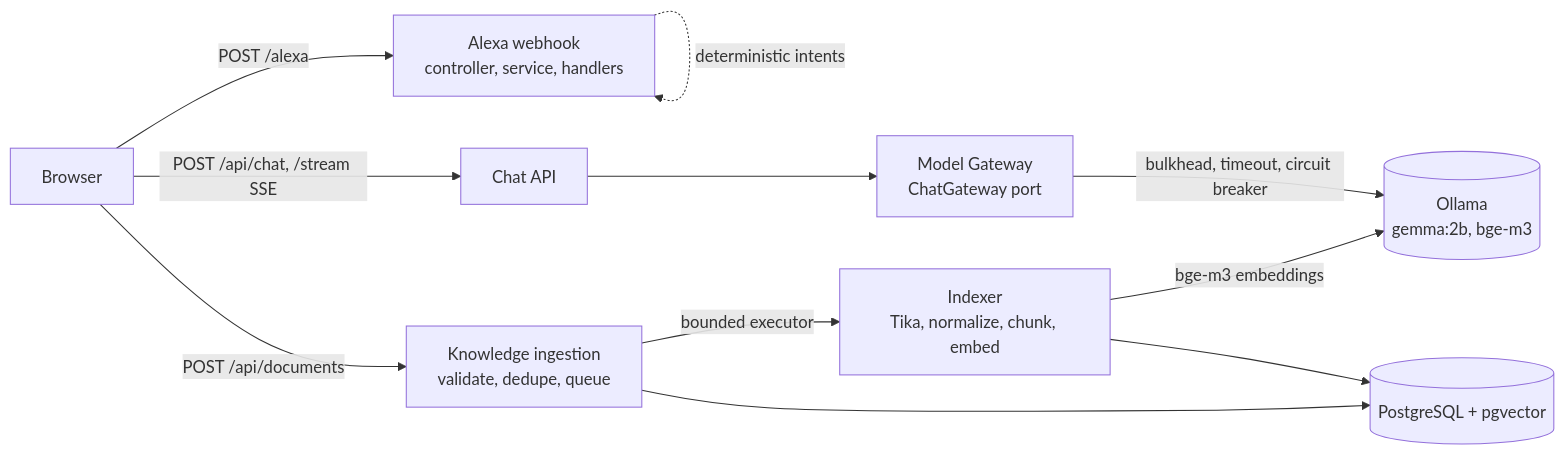
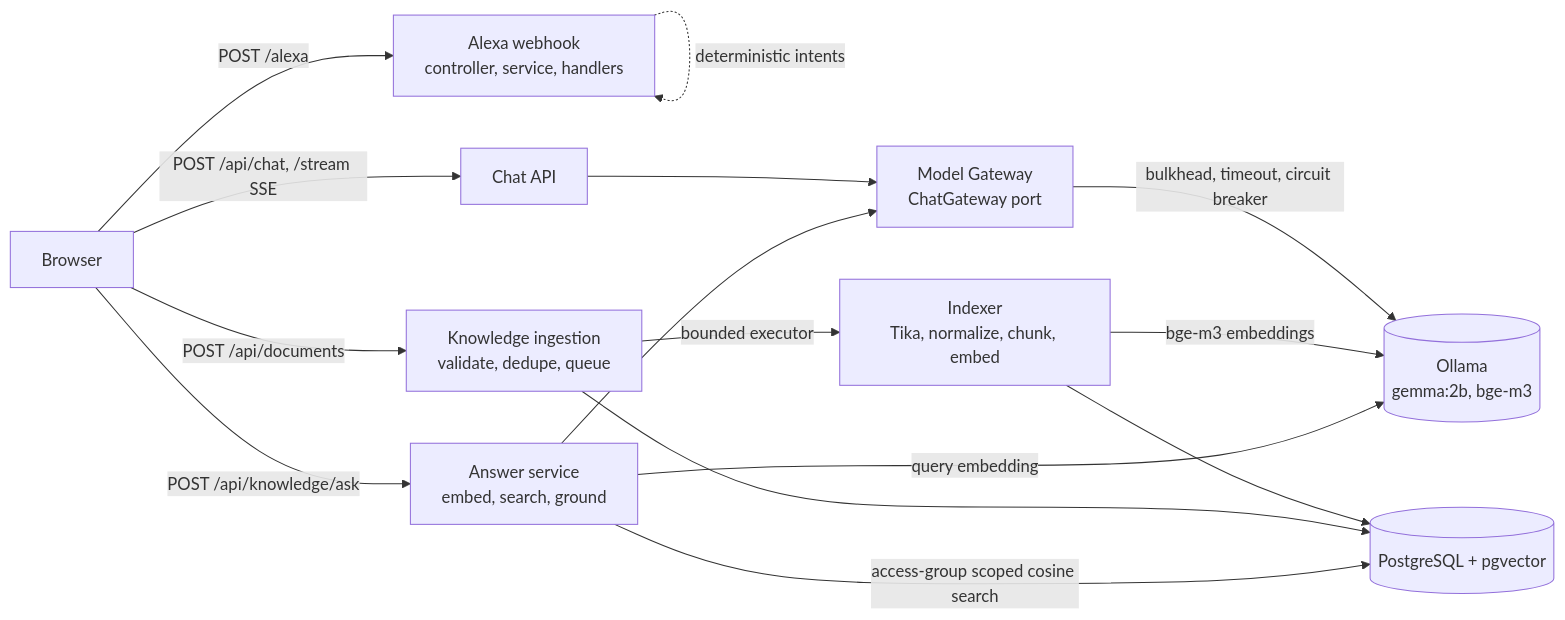
One commit to skpradhan-repo/spring-boot-alexa-starter changed the diagram in ARCHITECTURE.md. Above: the diagram before and after it, drawn with Mermaid. The commit also changed other lines of this file and 18 other files, not shown here.

Commit message:
Add retrieval and grounded answers: /api/knowledge/ask, similarity search and Ask your documents panel

````diff
--- a/ARCHITECTURE.md
+++ b/ARCHITECTURE.md
@@ -11,13 +11,17 @@
 ```mermaid
 flowchart LR
     Browser -->|POST /alexa| Alexa[Alexa webhook<br/>controller, service, handlers]
     Browser -->|POST /api/chat, /stream SSE| Chat[Chat API]
     Chat --> Gateway[Model Gateway<br/>ChatGateway port]
     Gateway -->|bulkhead, timeout, circuit breaker| Ollama[(Ollama<br/>gemma:2b, bge-m3)]
     Alexa -. deterministic intents .-> Alexa
     Browser -->|POST /api/documents| Ingest[Knowledge ingestion<br/>validate, dedupe, queue]
     Ingest -->|bounded executor| Indexer[Indexer<br/>Tika, normalize, chunk, embed]
     Indexer -->|bge-m3 embeddings| Ollama
     Indexer --> PG[(PostgreSQL + pgvector)]
     Ingest --> PG
+    Browser -->|POST /api/knowledge/ask| Ask[Answer service<br/>embed, search, ground]
+    Ask -->|query embedding| Ollama
+    Ask -->|access-group scoped cosine search| PG
+    Ask --> Gateway
 ```
````
